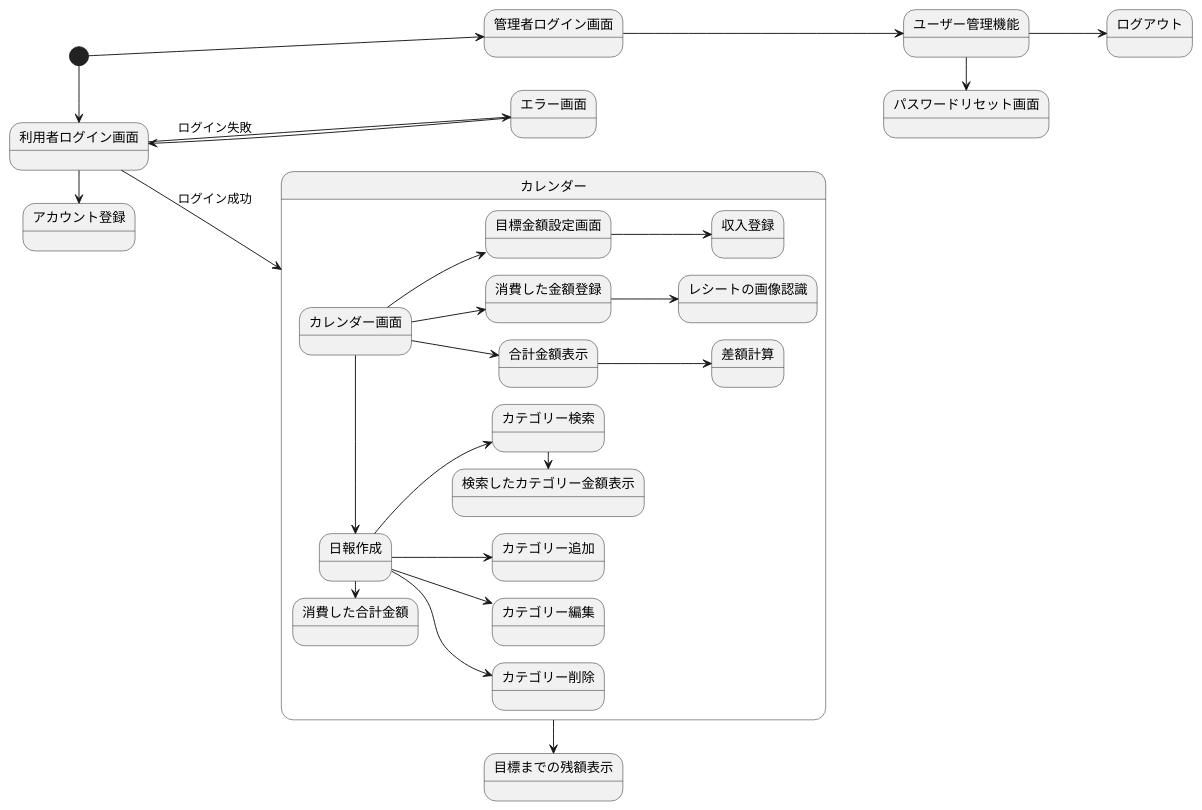
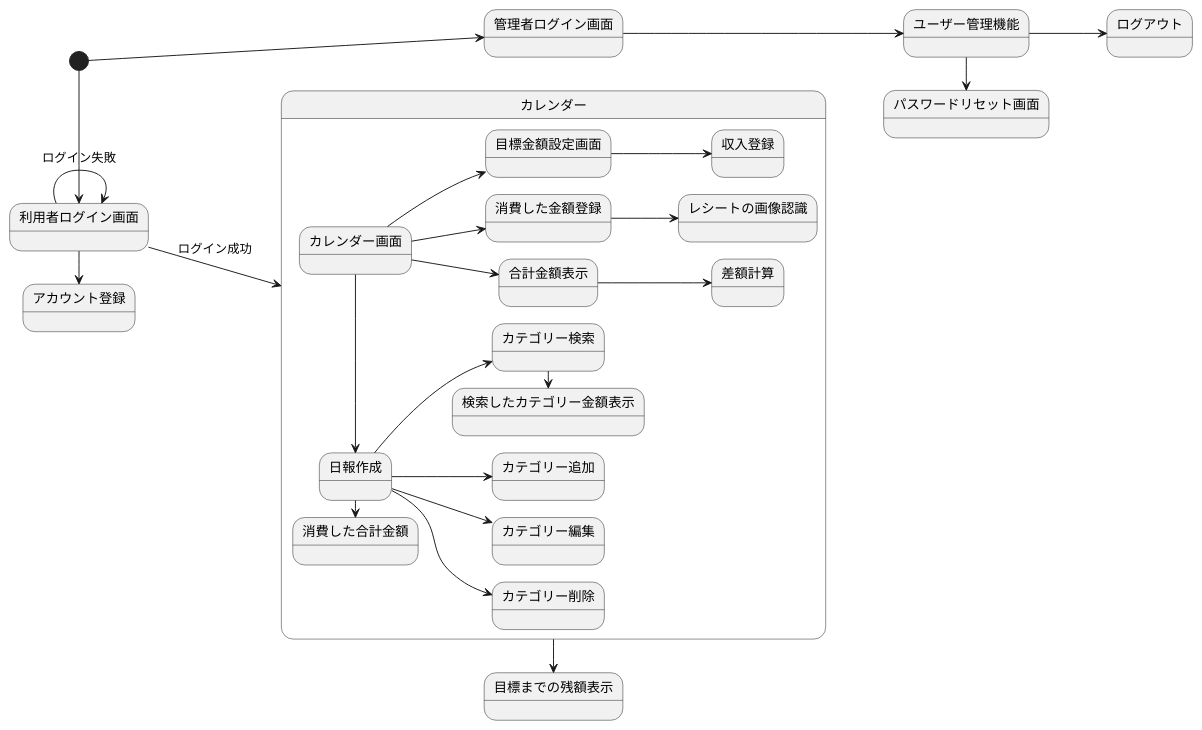
The diagram in Screen_transition_diagram.pu (masakan590/uml-introduction), drawn with PlantUML before and after one commit.

Commit message:
追加

```diff
--- a/Screen_transition_diagram.pu
+++ b/Screen_transition_diagram.pu
@@ -1,33 +1,33 @@
 @startuml 画面遷移図
 left to right direction
 [*] -> 利用者ログイン画面
 [*] --> 管理者ログイン画面
 
 利用者ログイン画面 -> アカウント登録 
 管理者ログイン画面 --> ユーザー管理機能
 
 ユーザー管理機能 -> パスワードリセット画面
 ユーザー管理機能 --> ログアウト
 
-利用者ログイン画面 --> エラー画面 :ログイン失敗
-エラー画面 -> 利用者ログイン画面 
+利用者ログイン画面 -> 利用者ログイン画面 :ログイン失敗
+
 利用者ログイン画面 --> カレンダー :ログイン成功
 
 state カレンダー {
     カレンダー画面 --> 目標金額設定画面
     カレンダー画面 -> 日報作成
     カレンダー画面 --> 消費した金額登録
     目標金額設定画面 --> 収入登録
     日報作成 --> カテゴリー追加
     日報作成 --> カテゴリー編集
     日報作成 --> カテゴリー削除
     日報作成 --> カテゴリー検索
     カテゴリー検索 -> 検索したカテゴリー金額表示
     消費した金額登録 --> レシートの画像認識
     日報作成 -> 消費した合計金額
     カレンダー画面 --> 合計金額表示
     合計金額表示 --> 差額計算
 
 }
 カレンダー -> 目標までの残額表示
 @enduml
```
